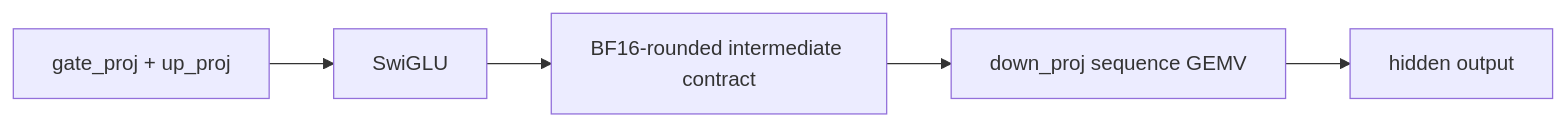
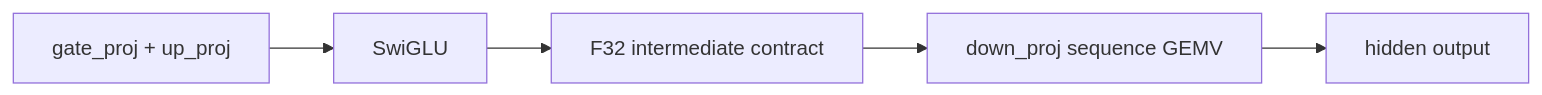
One commit to 1amageek/swift-lm changed the fourth of 4 diagrams in docs/development/hybrid-prefill-progress.md. Above: the diagram before and after it, drawn with Mermaid. The commit also changed other lines of this file and 2 other files, not shown here.

Commit message:
Align fused MLP prefill with unfused contract

````diff
--- a/docs/development/hybrid-prefill-progress.md
+++ b/docs/development/hybrid-prefill-progress.md
@@ -389,7 +389,7 @@
 ```mermaid
 flowchart LR
   A["gate_proj + up_proj"] --> B["SwiGLU"]
-  B --> C["BF16-rounded intermediate contract"]
+  B --> C["F32 intermediate contract"]
   C --> D["down_proj sequence GEMV"]
   D --> E["hidden output"]
 ```
````
